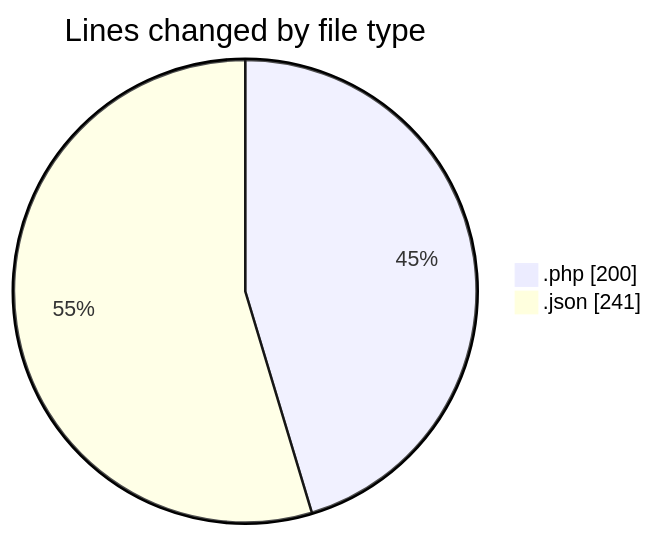
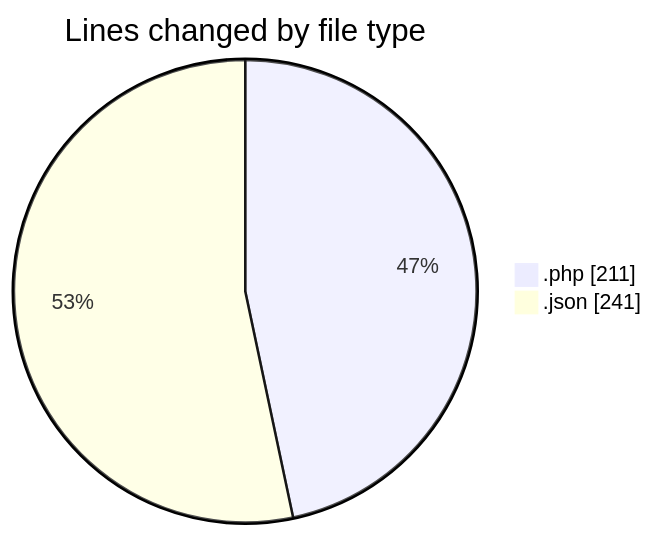
The first of 2 diagrams in 2025-03-29/autodidak/README.md (idhammustaqopulfikri/code-tracking), drawn with Mermaid before and after one commit. The commit also changed other lines of this file and 1 other file, not shown here.

````diff
--- a/2025-03-29/autodidak/README.md
+++ b/2025-03-29/autodidak/README.md
@@ -25,6 +26,6 @@
 ```mermaid
 pie showData
 title Lines changed by file type
-".php" : 200
+".php" : 211
 ".json" : 241
 ```
````
